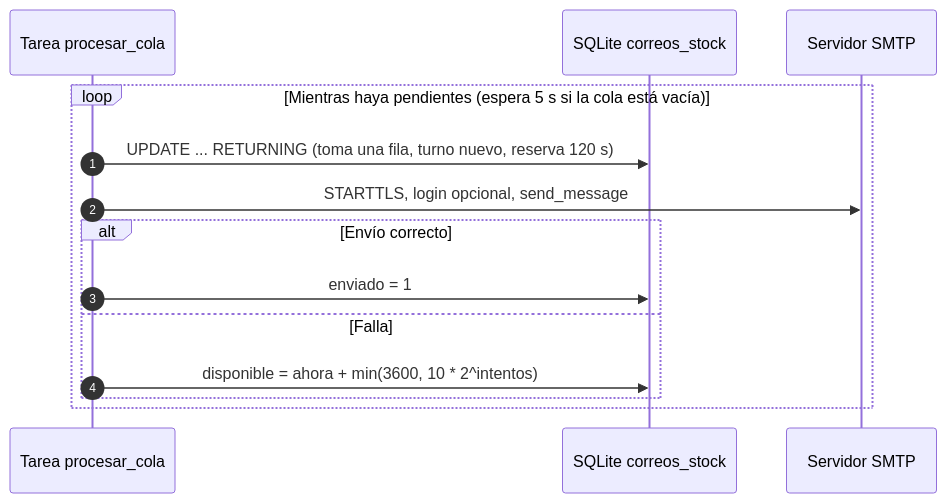
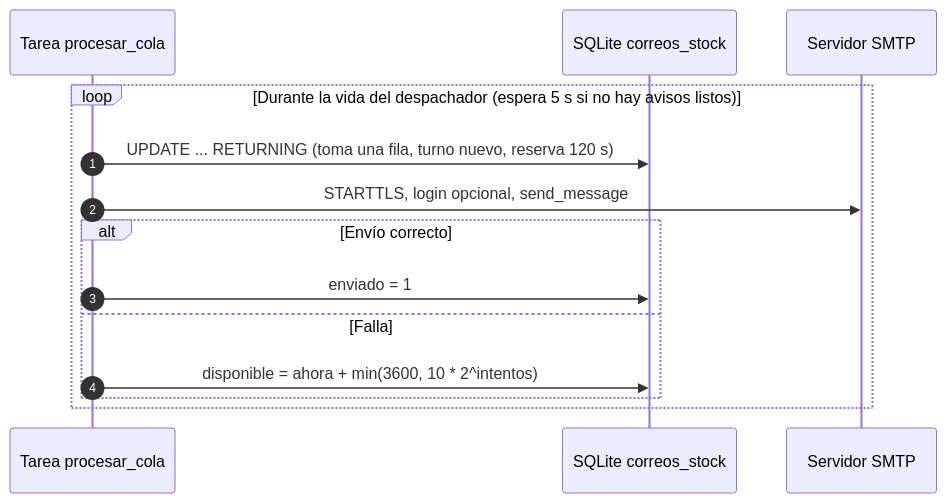
One commit to ISCOUTB/AS_202620_InvenTrack changed the second of 4 diagrams in c4-actual/05-flujos.md. Above: the diagram before and after it, drawn with Mermaid. The commit also changed 11 other files, not shown here.

Commit message:
feat: Update architectural decision records and documentation for stock alerts and identity management

````diff
--- a/c4-actual/05-flujos.md
+++ b/c4-actual/05-flujos.md
@@ -42,17 +42,17 @@
 ```mermaid
 sequenceDiagram
     autonumber
     participant T as Tarea procesar_cola
     participant DB as SQLite correos_stock
     participant S as Servidor SMTP
 
-    loop Mientras haya pendientes (espera 5 s si la cola está vacía)
+    loop Durante la vida del despachador (espera 5 s si no hay avisos listos)
         T->>DB: UPDATE ... RETURNING (toma una fila, turno nuevo, reserva 120 s)
         T->>S: STARTTLS, login opcional, send_message
         alt Envío correcto
             T->>DB: enviado = 1
         else Falla
             T->>DB: disponible = ahora + min(3600, 10 * 2^intentos)
         end
     end
 ```
````
